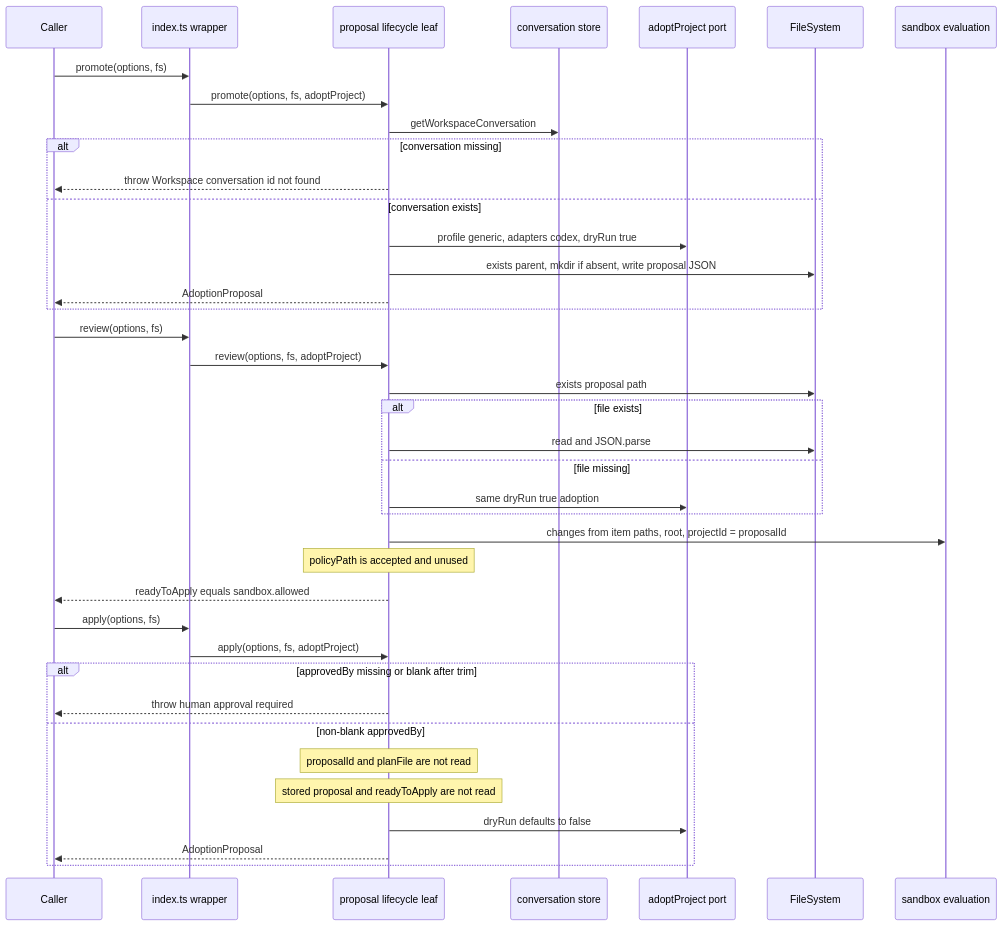
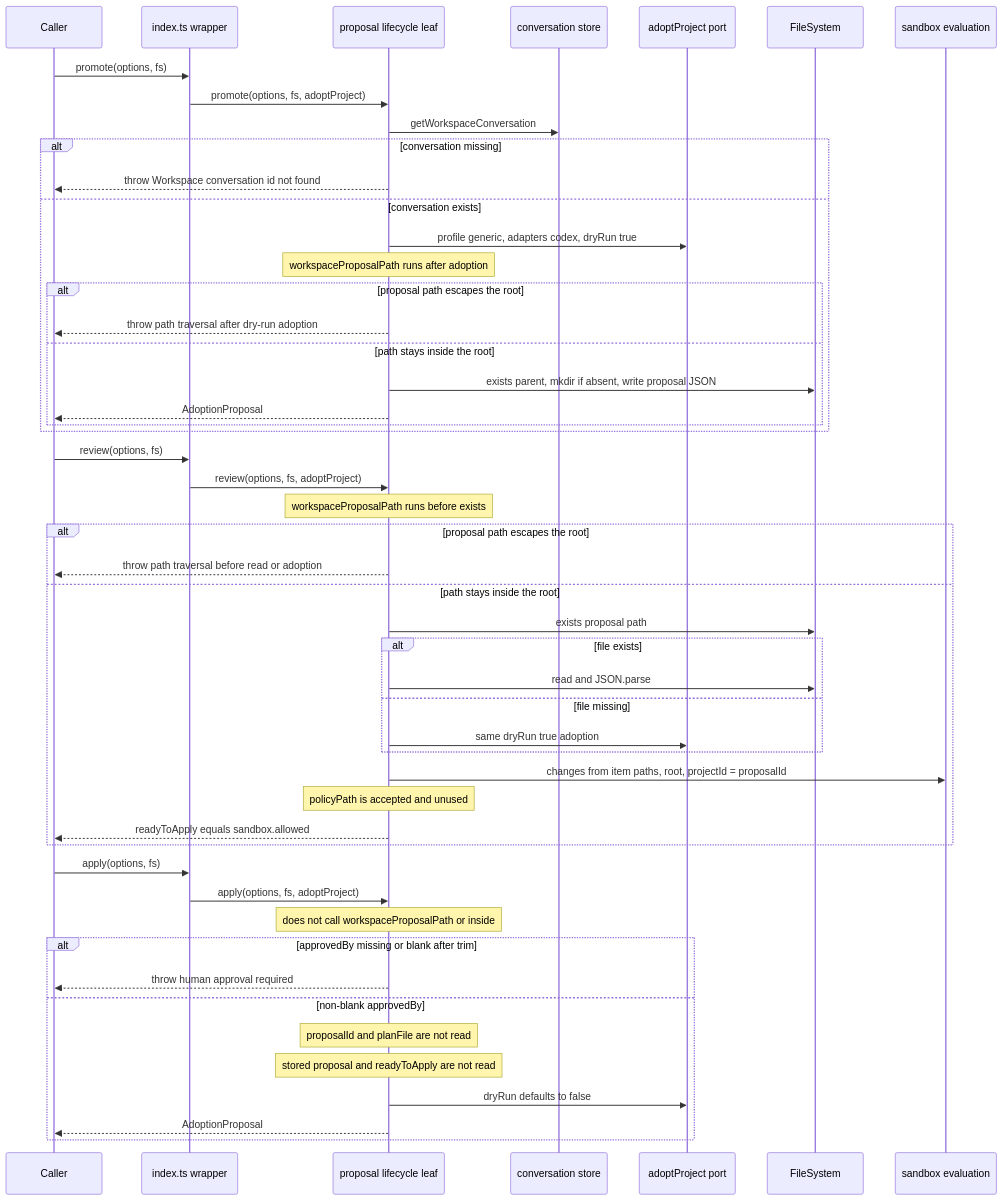
Before and after one commit to vitala89/Intentloom: the diagram in docs/designs/p1k-remaining-application-barrel/workspace-proposal-sequence.mmd, drawn with Mermaid. The commit also changed 2 other files, not shown here.

Commit message:
docs(architecture): correct P1K.9 path and wrapper contracts
Record promote path traversal after dry-run adoption, review traversal
before exists, and no proposal path check in apply. Structure tests
check public wrappers without requiring leaf function identity.

```diff
--- a/docs/designs/p1k-remaining-application-barrel/workspace-proposal-sequence.mmd
+++ b/docs/designs/p1k-remaining-application-barrel/workspace-proposal-sequence.mmd
@@ -1,42 +1,53 @@
 sequenceDiagram
   participant Caller
   participant Barrel as index.ts wrapper
   participant Leaf as proposal lifecycle leaf
   participant Conv as conversation store
   participant Adopt as adoptProject port
   participant FS as FileSystem
   participant Sandbox as sandbox evaluation
 
   Caller->>Barrel: promote(options, fs)
   Barrel->>Leaf: promote(options, fs, adoptProject)
   Leaf->>Conv: getWorkspaceConversation
   alt conversation missing
     Leaf-->>Caller: throw Workspace conversation id not found
   else conversation exists
     Leaf->>Adopt: profile generic, adapters codex, dryRun true
-    Leaf->>FS: exists parent, mkdir if absent, write proposal JSON
-    Leaf-->>Caller: AdoptionProposal
+    Note over Leaf: workspaceProposalPath runs after adoption
+    alt proposal path escapes the root
+      Leaf-->>Caller: throw path traversal after dry-run adoption
+    else path stays inside the root
+      Leaf->>FS: exists parent, mkdir if absent, write proposal JSON
+      Leaf-->>Caller: AdoptionProposal
+    end
   end
 
   Caller->>Barrel: review(options, fs)
   Barrel->>Leaf: review(options, fs, adoptProject)
-  Leaf->>FS: exists proposal path
-  alt file exists
-    Leaf->>FS: read and JSON.parse
-  else file missing
-    Leaf->>Adopt: same dryRun true adoption
+  Note over Leaf: workspaceProposalPath runs before exists
+  alt proposal path escapes the root
+    Leaf-->>Caller: throw path traversal before read or adoption
+  else path stays inside the root
+    Leaf->>FS: exists proposal path
+    alt file exists
+      Leaf->>FS: read and JSON.parse
+    else file missing
+      Leaf->>Adopt: same dryRun true adoption
+    end
+    Leaf->>Sandbox: changes from item paths, root, projectId = proposalId
+    Note over Leaf: policyPath is accepted and unused
+    Leaf-->>Caller: readyToApply equals sandbox.allowed
   end
-  Leaf->>Sandbox: changes from item paths, root, projectId = proposalId
-  Note over Leaf: policyPath is accepted and unused
-  Leaf-->>Caller: readyToApply equals sandbox.allowed
 
   Caller->>Barrel: apply(options, fs)
   Barrel->>Leaf: apply(options, fs, adoptProject)
+  Note over Leaf: does not call workspaceProposalPath or inside
   alt approvedBy missing or blank after trim
     Leaf-->>Caller: throw human approval required
   else non-blank approvedBy
     Note over Leaf: proposalId and planFile are not read
     Note over Leaf: stored proposal and readyToApply are not read
     Leaf->>Adopt: dryRun defaults to false
     Leaf-->>Caller: AdoptionProposal
   end
```
